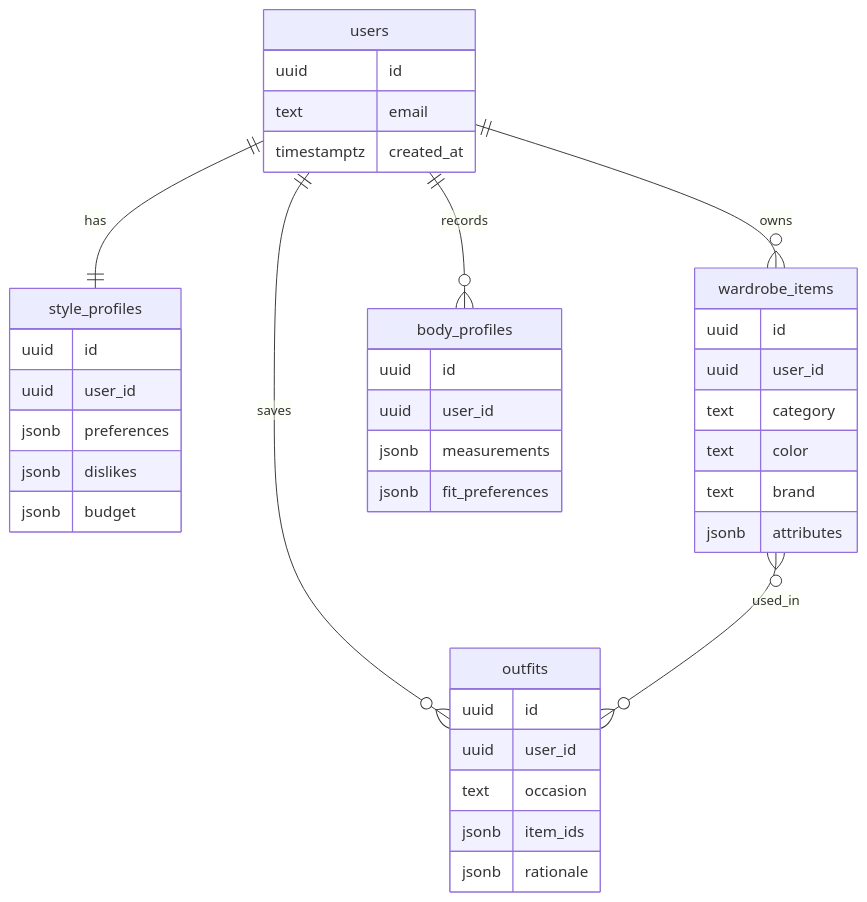
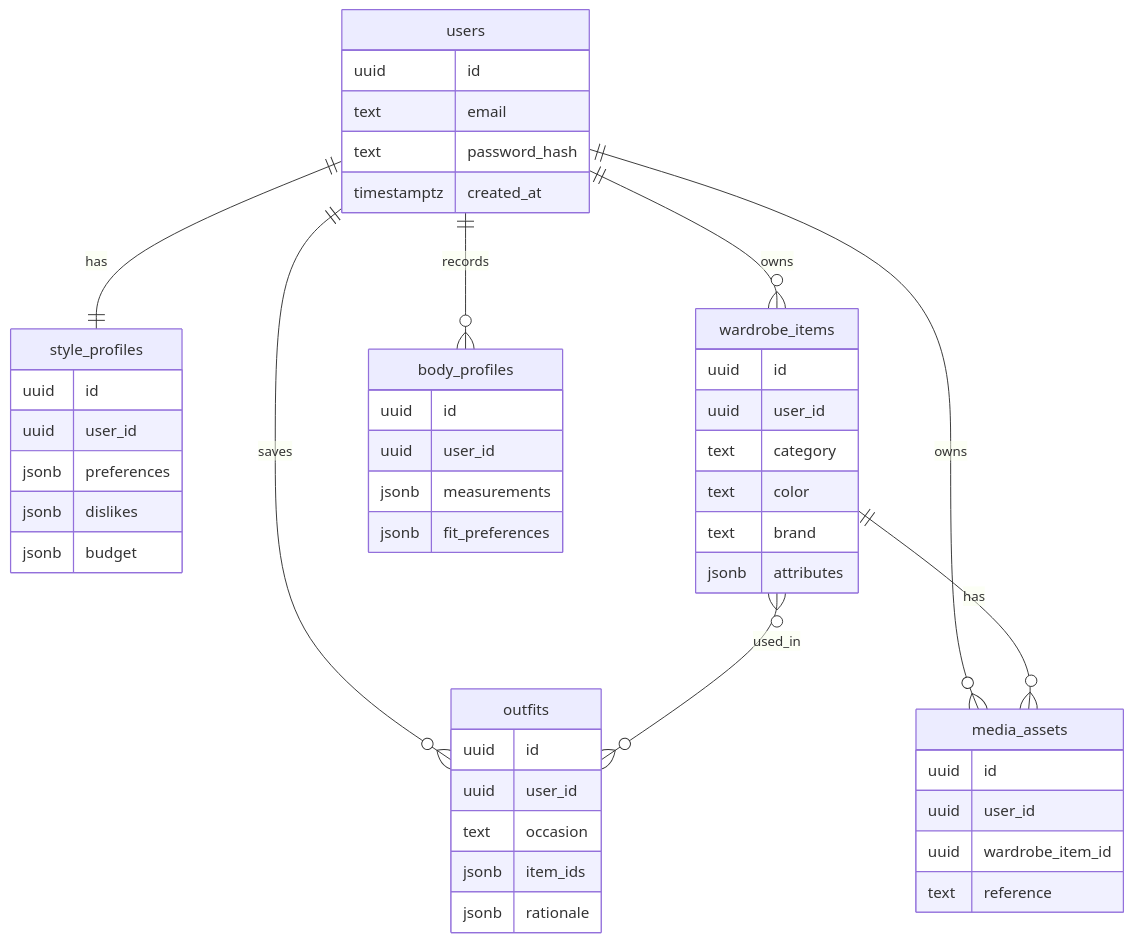
The diagram in docs/database/DATABASE.md (VeloceAI/sveyra), drawn with Mermaid before and after one commit. The commit also changed other lines of this file and 172 other files, not shown here.

````diff
--- a/docs/database/DATABASE.md
+++ b/docs/database/DATABASE.md
@@ -7,46 +7,56 @@
 ```mermaid
 erDiagram
   users ||--|| style_profiles : has
   users ||--o{ wardrobe_items : owns
   users ||--o{ outfits : saves
   users ||--o{ body_profiles : records
+  users ||--o{ media_assets : owns
   wardrobe_items }o--o{ outfits : used_in
+  wardrobe_items ||--o{ media_assets : has
 
   users {
     uuid id
     text email
+    text password_hash
     timestamptz created_at
   }
 
   style_profiles {
     uuid id
     uuid user_id
     jsonb preferences
     jsonb dislikes
     jsonb budget
   }
 
   body_profiles {
     uuid id
     uuid user_id
     jsonb measurements
     jsonb fit_preferences
   }
 
   wardrobe_items {
     uuid id
     uuid user_id
     text category
     text color
     text brand
     jsonb attributes
   }
 
+  media_assets {
+    uuid id
+    uuid user_id
+    uuid wardrobe_item_id
+    text reference
+  }
+
   outfits {
     uuid id
     uuid user_id
     text occasion
     jsonb item_ids
     jsonb rationale
   }
 ```
````
